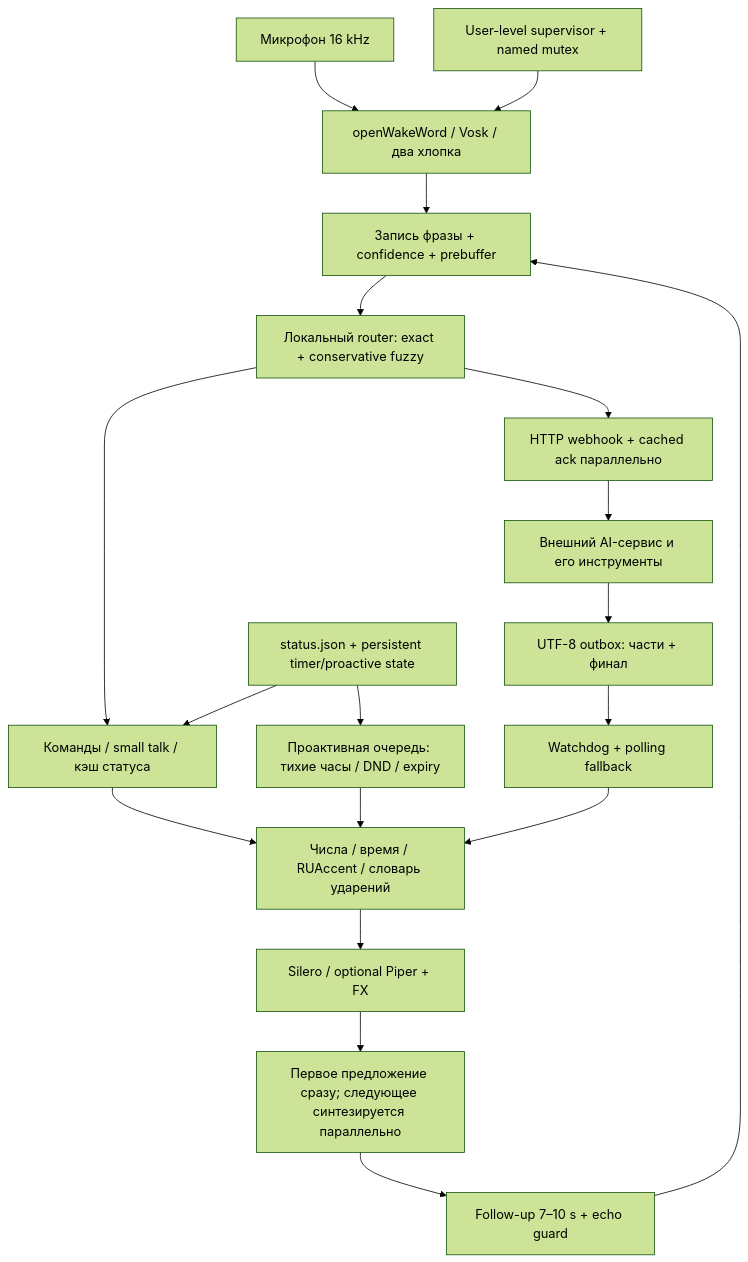
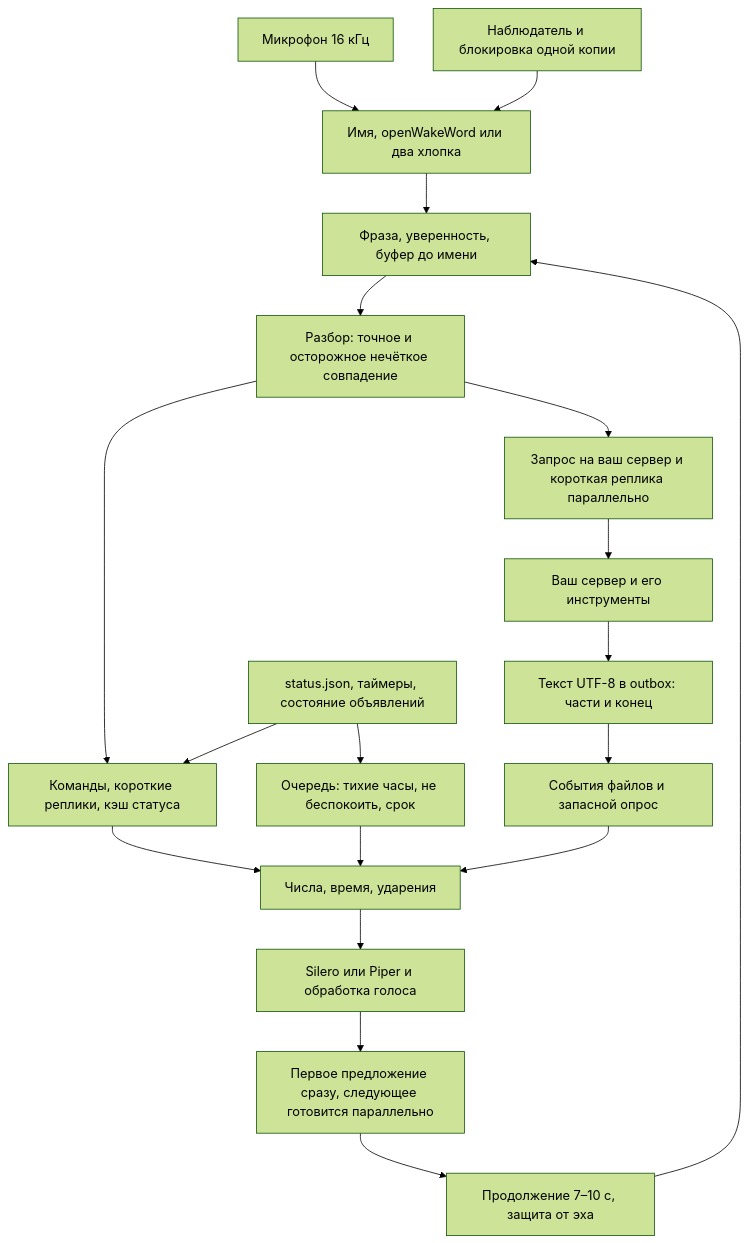
Before and after one commit to semenkulikov/JARVIS-core: the diagram in docs/ARCHITECTURE.md, drawn with Mermaid (forest theme). The commit also changed other lines of this file and 20 other files, not shown here.

````diff
--- a/docs/ARCHITECTURE.md
+++ b/docs/ARCHITECTURE.md
@@ -3,21 +3,21 @@
 ```mermaid
 flowchart TD
-    MIC[Микрофон 16 kHz] --> WAKE[openWakeWord / Vosk / два хлопка]
-    WAKE --> CAP[Запись фразы + confidence + prebuffer]
-    CAP --> ROUTER[Локальный router: exact + conservative fuzzy]
-    ROUTER --> LOCAL[Команды / small talk / кэш статуса]
-    ROUTER --> POST[HTTP webhook + cached ack параллельно]
-    POST --> SERVER[Внешний AI-сервис и его инструменты]
-    SERVER --> OUTBOX[UTF-8 outbox: части + финал]
-    OUTBOX --> WATCH[Watchdog + polling fallback]
-    LOCAL --> TEXT[Числа / время / RUAccent / словарь ударений]
+    MIC[Микрофон 16 кГц] --> WAKE[Имя, openWakeWord или два хлопка]
+    WAKE --> CAP[Фраза, уверенность, буфер до имени]
+    CAP --> ROUTER[Разбор: точное и осторожное нечёткое совпадение]
+    ROUTER --> LOCAL[Команды, короткие реплики, кэш статуса]
+    ROUTER --> POST[Запрос на ваш сервер и короткая реплика параллельно]
+    POST --> SERVER[Ваш сервер и его инструменты]
+    SERVER --> OUTBOX[Текст UTF-8 в outbox: части и конец]
+    OUTBOX --> WATCH[События файлов и запасной опрос]
+    LOCAL --> TEXT[Числа, время, ударения]
     WATCH --> TEXT
-    TEXT --> TTS[Silero / optional Piper + FX]
-    TTS --> SPEAKER[Первое предложение сразу; следующее синтезируется параллельно]
-    SPEAKER --> FOLLOW[Follow-up 7–10 s + echo guard]
+    TEXT --> TTS[Silero или Piper и обработка голоса]
+    TTS --> SPEAKER[Первое предложение сразу, следующее готовится параллельно]
+    SPEAKER --> FOLLOW[Продолжение 7–10 с, защита от эха]
     FOLLOW --> CAP
-    CACHE[status.json + persistent timer/proactive state] --> LOCAL
-    CACHE --> PRO[Проактивная очередь: тихие часы / DND / expiry]
+    CACHE[status.json, таймеры, состояние объявлений] --> LOCAL
+    CACHE --> PRO[Очередь: тихие часы, не беспокоить, срок]
     PRO --> TEXT
-    SUP[User-level supervisor + named mutex] --> WAKE
+    SUP[Наблюдатель и блокировка одной копии] --> WAKE
 ```
````
